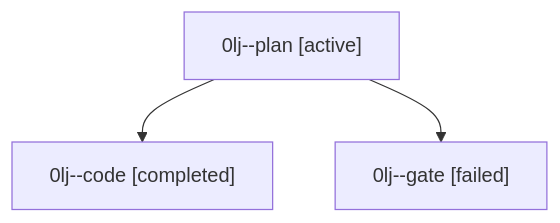
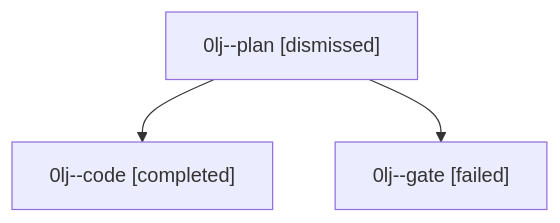
One commit to sase-org/sase--agents changed the diagram in sessions/bbugyi200.athena.0lj.md. Above: the diagram before and after it, drawn with Mermaid. The commit also changed other lines of this file and 30 other files, not shown here.

````diff
--- a/sessions/bbugyi200.athena.0lj.md
+++ b/sessions/bbugyi200.athena.0lj.md
@@ -9,8 +9,8 @@
 ```mermaid
 flowchart TD
-  n0["0lj--plan [active]"]
+  n0["0lj--plan [dismissed]"]
   n1["0lj--code [completed]"]
   n0 --> n1
   n2["0lj--gate [failed]"]
   n0 --> n2
 ```
````
